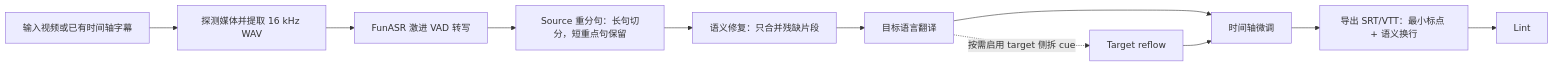
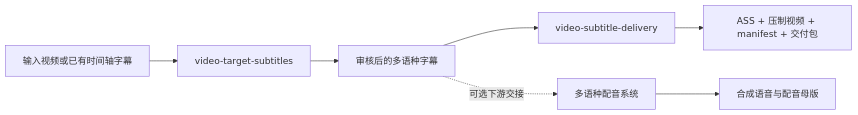
Before and after one commit to zyzfred/SKILL_Autodub: the diagram in README.zh-CN.md, drawn with Mermaid. The commit also changed other lines of this file and 48 other files, not shown here.

Commit message:
Release v1.1.0 with subtitle delivery and bilingual workflow docs

````diff
--- a/README.zh-CN.md
+++ b/README.zh-CN.md
@@ -25,13 +49,9 @@
 ```mermaid
 flowchart LR
-  A["输入视频或已有时间轴字幕"] --> B["探测媒体并提取 16 kHz WAV"]
-  B --> C["FunASR 激进 VAD 转写"]
-  C --> D["Source 重分句：长句切分，短重点句保留"]
-  D --> E["语义修复：只合并残缺片段"]
-  E --> F["目标语言翻译"]
-  F --> G["时间轴微调"]
-  G --> H["导出 SRT/VTT：最小标点 + 语义换行"]
-  H --> I["Lint"]
-  F -. "按需启用 target 侧拆 cue" .-> J["Target reflow"]
-  J --> G
+  A["输入视频或已有时间轴字幕"] --> B["video-target-subtitles"]
+  B --> C["审核后的多语种字幕"]
+  C --> D["video-subtitle-delivery"]
+  C -. "可选下游交接" .-> E["多语种配音系统"]
+  D --> F["ASS + 压制视频 + manifest + 交付包"]
+  E --> G["合成语音与配音母版"]
 ```
````
